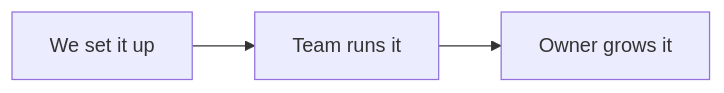
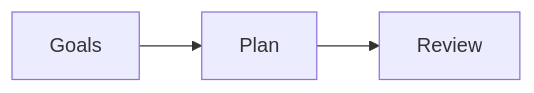
Before and after one commit to redrhino-online/red-canon: the tenth of 27 diagrams in README.md, drawn with Mermaid. The commit also changed other lines of this file, not shown here.

````diff
--- a/README.md
+++ b/README.md
@@ -142,4 +165,4 @@
 ```mermaid
 flowchart LR
-    A[We set it up] --> B[Team runs it] --> C[Owner grows it]
+    A[Goals] --> B[Plan] --> C[Review]
 ```
````
